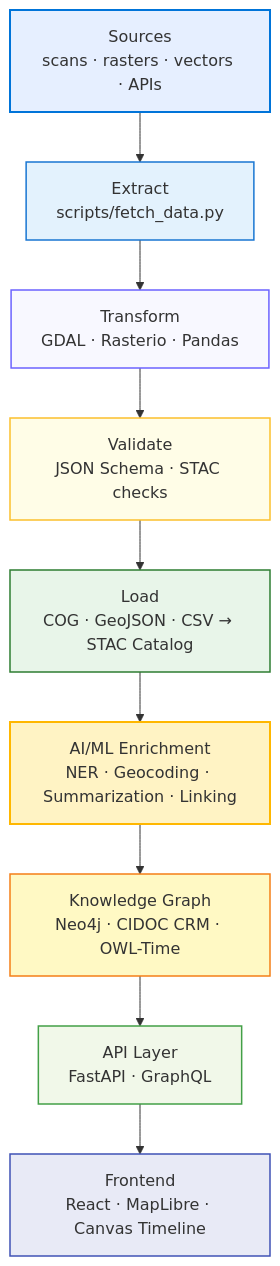
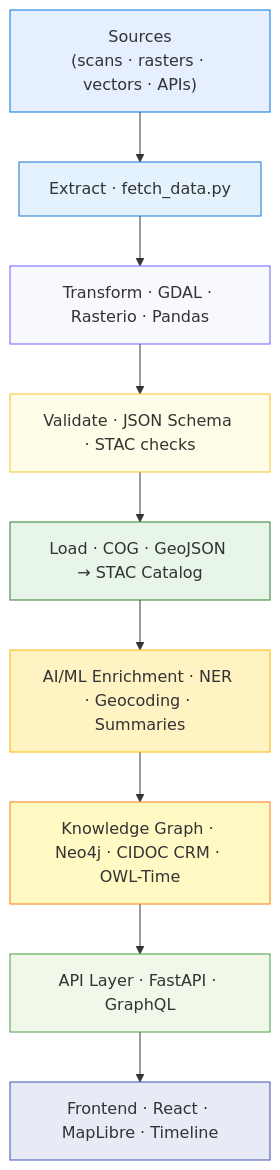
The first of 2 diagrams in docs/design/reviews/architecture/pipeline_overview_review.md (bartytime4life/Kansas-Frontier-Matrix), drawn with Mermaid before and after one commit. The commit also changed other lines of this file, not shown here.

`````diff
--- a/docs/design/reviews/architecture/pipeline_overview_review.md
+++ b/docs/design/reviews/architecture/pipeline_overview_review.md
@@ -37,23 +77,21 @@
 ```mermaid
 flowchart TD
-  A["Sources\nscans · rasters · vectors · APIs"] --> B["Extract\nscripts/fetch_data.py"]
-  B --> C["Transform\nGDAL · Rasterio · Pandas"]
-  C --> D["Validate\nJSON Schema · STAC checks"]
-  D --> E["Load\nCOG · GeoJSON · CSV → STAC Catalog"]
-  E --> F["AI/ML Enrichment\nNER · Geocoding · Summarization · Linking"]
-  F --> G["Knowledge Graph\nNeo4j · CIDOC CRM · OWL-Time"]
-  G --> H["API Layer\nFastAPI · GraphQL"]
-  H --> I["Frontend\nReact · MapLibre · Canvas Timeline"]
+  A["Sources\n(scans · rasters · vectors · APIs)"] --> B["Extract · fetch_data.py"]
+  B --> C["Transform · GDAL · Rasterio · Pandas"]
+  C --> D["Validate · JSON Schema · STAC checks"]
+  D --> E["Load · COG · GeoJSON → STAC Catalog"]
+  E --> F["AI/ML Enrichment · NER · Geocoding · Summaries"]
+  F --> G["Knowledge Graph · Neo4j · CIDOC CRM · OWL-Time"]
+  G --> H["API Layer · FastAPI · GraphQL"]
+  H --> I["Frontend · React · MapLibre · Timeline"]
 
-  style A fill:#E6EFFF,stroke:#0074D9,stroke-width:2px
-  style B fill:#E3F2FD,stroke:#1976D2,stroke-width:1.5px
-  style C fill:#F8F8FF,stroke:#6C63FF,stroke-width:1.5px
-  style D fill:#FFFDE7,stroke:#FBC02D,stroke-width:1.5px
-  style E fill:#E8F5E9,stroke:#2E7D32,stroke-width:1.5px
-  style F fill:#FFF3C4,stroke:#FFB700,stroke-width:2px
-  style G fill:#FFF9C4,stroke:#F57F17,stroke-width:1.5px
-  style H fill:#F1F8E9,stroke:#43A047,stroke-width:1.5px
-  style I fill:#E8EAF6,stroke:#3F51B5,stroke-width:1.5px
-
-  %% END OF MERMAID
-````
+  style A fill:#E6EFFF,stroke:#0074D9
+  style B fill:#E3F2FD,stroke:#1976D2
+  style C fill:#F8F8FF,stroke:#6C63FF
+  style D fill:#FFFDE7,stroke:#FBC02D
+  style E fill:#E8F5E9,stroke:#2E7D32
+  style F fill:#FFF3C4,stroke:#FFB700
+  style G fill:#FFF9C4,stroke:#F57F17
+  style H fill:#F1F8E9,stroke:#43A047
+  style I fill:#E8EAF6,stroke:#3F51B5
+```
`````
